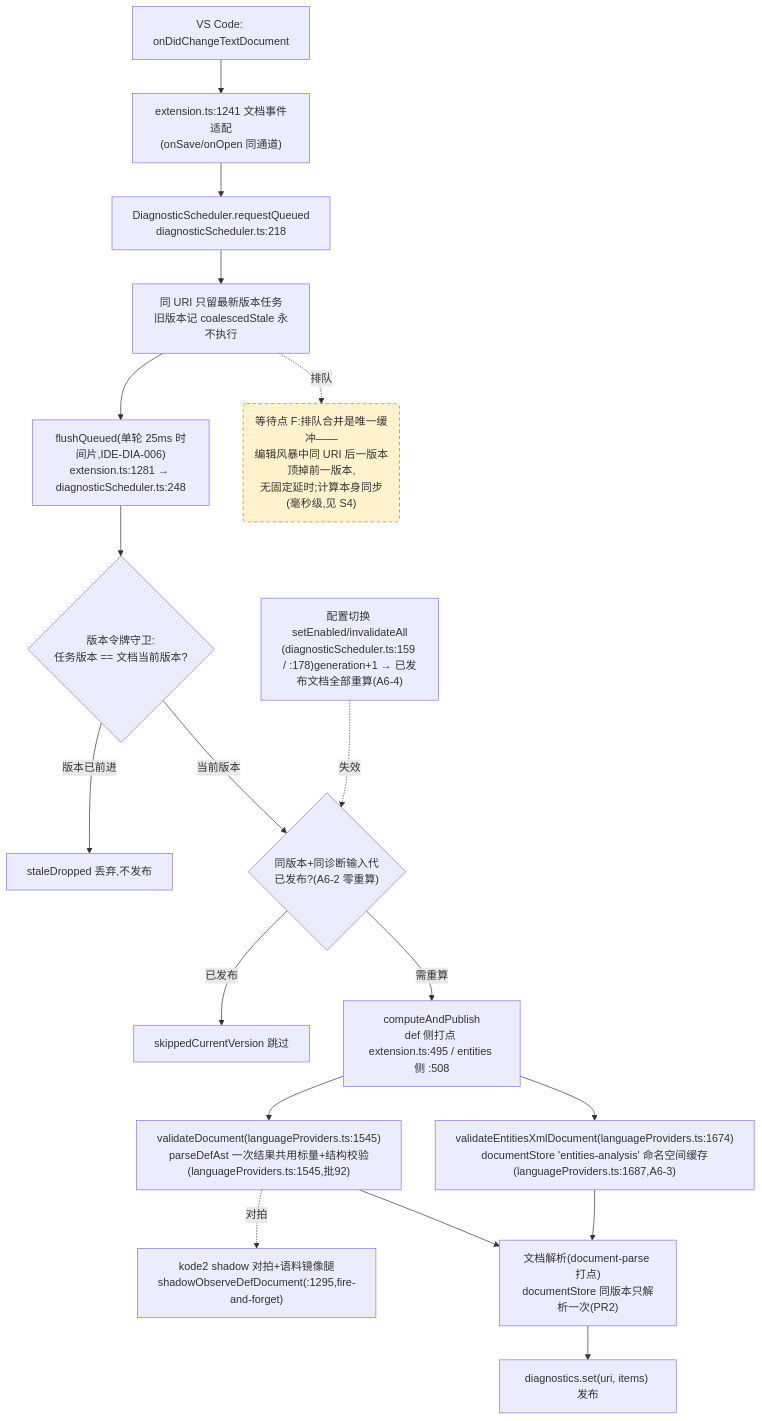
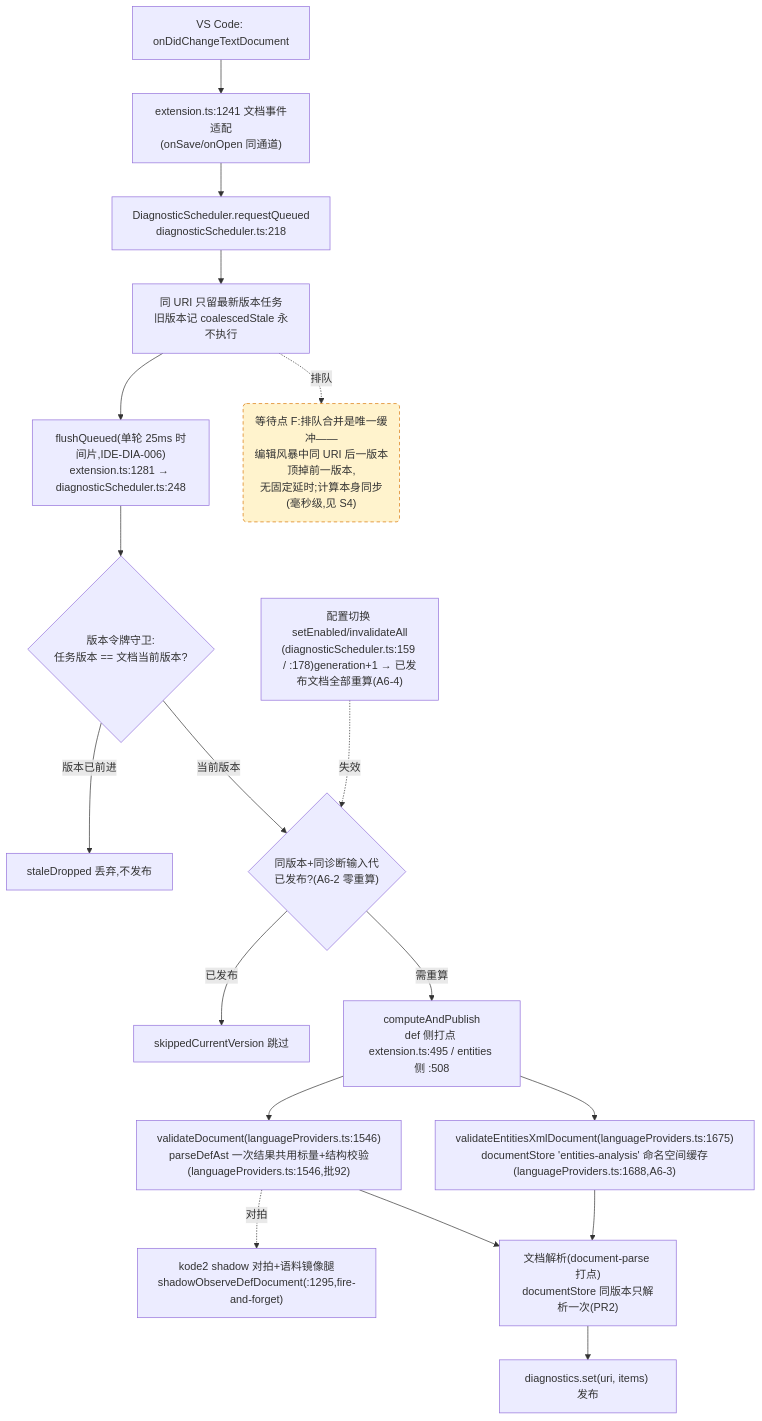
Before and after one commit to cuihairu/kode: the fourth of 4 diagrams in docs/perf/2026-baseline.md, drawn with Mermaid. The commit also changed other lines of this file and 6 other files, not shown here.

````diff
--- a/docs/perf/2026-baseline.md
+++ b/docs/perf/2026-baseline.md
@@ -214,38 +214,38 @@
 ```mermaid
 flowchart TD
   CHG["VS Code: onDidChangeTextDocument"]
   WATCH["extension.ts:1241 文档事件适配<br/>(onSave/onOpen 同通道)"]
   RQ["DiagnosticScheduler.requestQueued<br/>diagnosticScheduler.ts:218"]
   CO["同 URI 只留最新版本任务<br/>旧版本记 coalescedStale 永不执行"]
   FL["flushQueued(单轮 25ms 时间片,IDE-DIA-006)<br/>extension.ts:1281 → diagnosticScheduler.ts:248"]
   VG{"版本令牌守卫:<br/>任务版本 == 文档当前版本?"}
   DROP["staleDropped 丢弃,不发布"]
   GEN{"同版本+同诊断输入代<br/>已发布?(A6-2 零重算)"}
   SKIP["skippedCurrentVersion 跳过"]
   CALC["computeAndPublish<br/>def 侧打点 extension.ts:495 / entities 侧 :508"]
-  VD["validateDocument(languageProviders.ts:1545)<br/>parseDefAst 一次结果共用标量+结构校验(languageProviders.ts:1545,批92)"]
-  VEX["validateEntitiesXmlDocument(languageProviders.ts:1674)<br/>documentStore 'entities-analysis' 命名空间缓存(languageProviders.ts:1687,A6-3)"]
+  VD["validateDocument(languageProviders.ts:1546)<br/>parseDefAst 一次结果共用标量+结构校验(languageProviders.ts:1546,批92)"]
+  VEX["validateEntitiesXmlDocument(languageProviders.ts:1675)<br/>documentStore 'entities-analysis' 命名空间缓存(languageProviders.ts:1688,A6-3)"]
   SHDD["kode2 shadow 对拍+语料镜像腿<br/>shadowObserveDefDocument(:1295,fire-and-forget)"]
   DS["文档解析(document-parse 打点)<br/>documentStore 同版本只解析一次(PR2)"]
   PUB["diagnostics.set(uri, items) 发布"]
   CFG2["配置切换 setEnabled/invalidateAll<br/>(diagnosticScheduler.ts:159 / :178)generation+1 → 已发布文档全部重算(A6-4)"]
 
   CHG --> WATCH --> RQ --> CO --> FL --> VG
   VG -- "版本已前进" --> DROP
   VG -- "当前版本" --> GEN
   GEN -- "已发布" --> SKIP
   GEN -- "需重算" --> CALC
   CALC --> VD
   CALC --> VEX
   VD --> DS
   VEX --> DS
   DS --> PUB
   VD -.->|对拍| SHDD
   CFG2 -.->|失效| GEN
 
   WAITF("等待点 F:排队合并是唯一缓冲——<br/>编辑风暴中同 URI 后一版本顶掉前一版本,<br/>无固定延时;计算本身同步(毫秒级,见 S4)")
   CO -.->|排队| WAITF
 
   classDef waitPoint fill:#fff3cd,stroke:#d97706,stroke-dasharray:5 4;
   class WAITF waitPoint;
 ```
````
